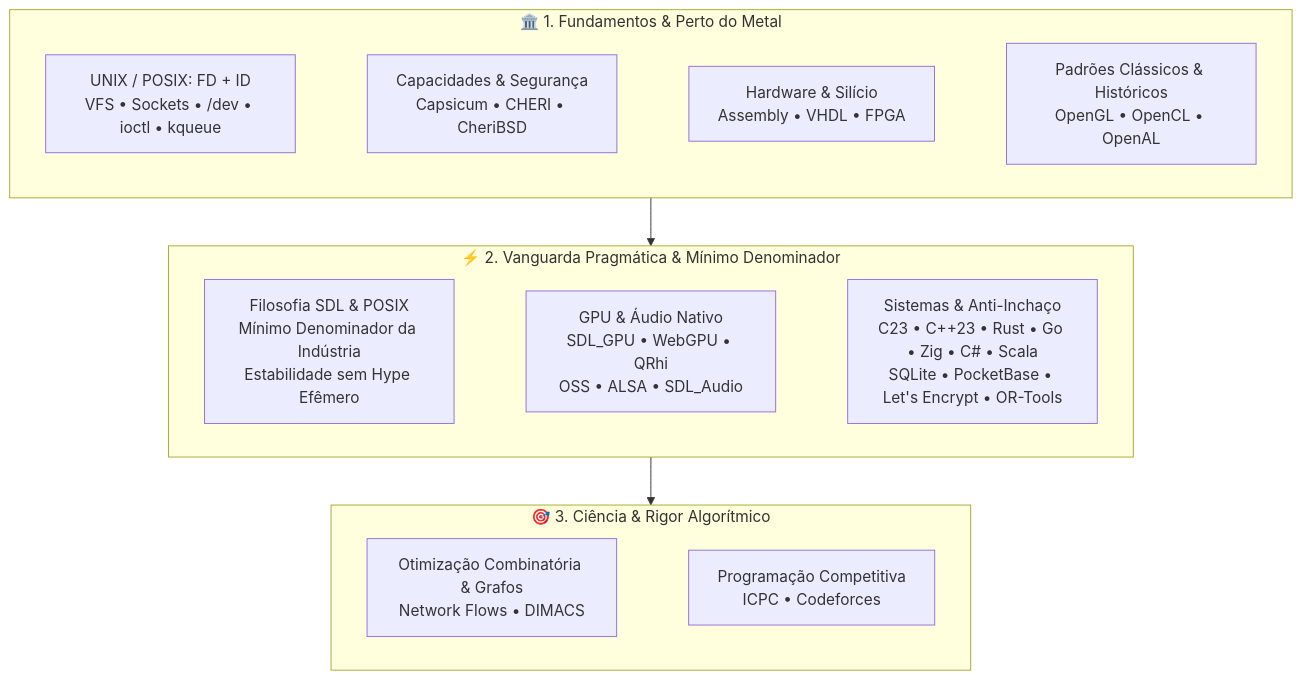
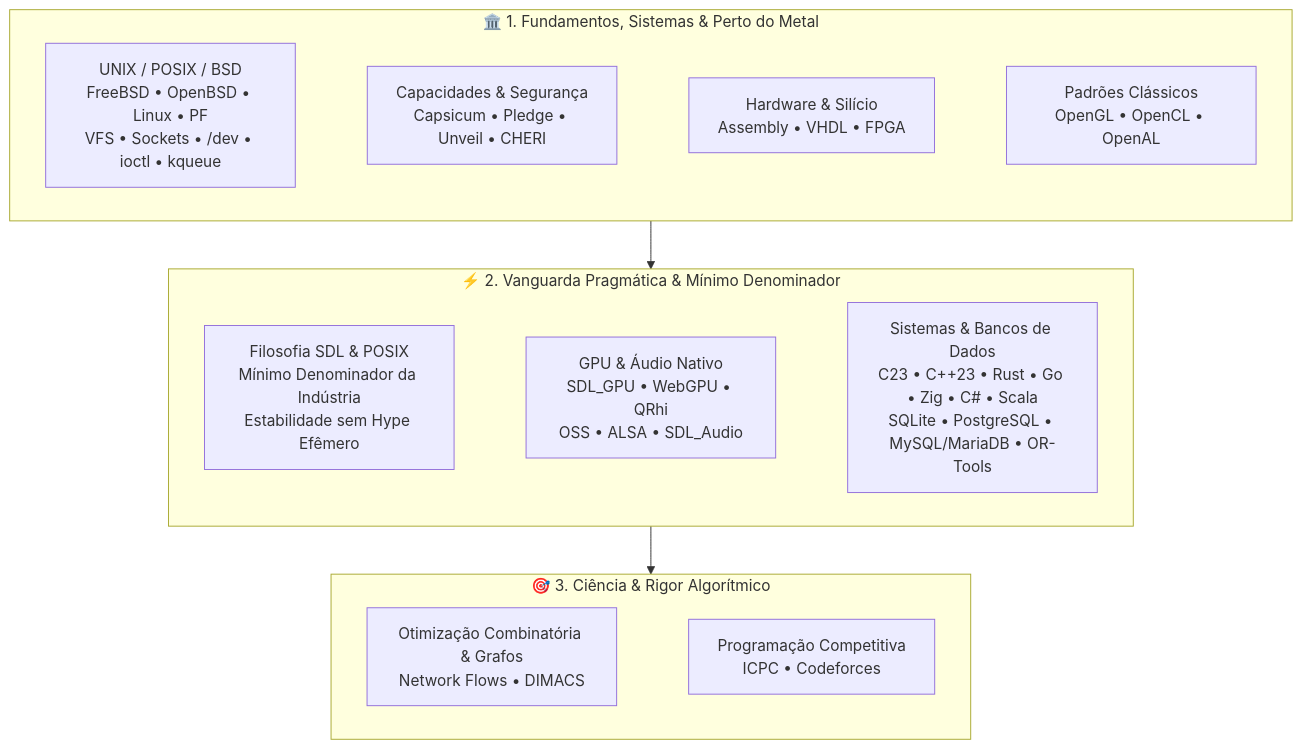
The diagram in README.md (GabrielFrigo4/GabrielFrigo4), drawn with Mermaid before and after one commit. The commit also changed other lines of this file, not shown here.

Commit message:
docs(profile): documentar triade relacional sql, ecossistema bsd e packet filter

````diff
--- a/README.md
+++ b/README.md
@@ -16,28 +16,28 @@
 ```mermaid
 flowchart TD
-    subgraph S1 ["🏛️ 1. Fundamentos & Perto do Metal"]
+    subgraph S1 ["🏛️ 1. Fundamentos, Sistemas & Perto do Metal"]
         direction LR
-        UNIX["UNIX / POSIX: FD + ID<br/>VFS • Sockets • /dev • ioctl • kqueue"]
-        SEC["Capacidades & Segurança<br/>Capsicum • CHERI • CheriBSD"]
+        UNIX["UNIX / POSIX / BSD<br/>FreeBSD • OpenBSD • Linux • PF<br/>VFS • Sockets • /dev • ioctl • kqueue"]
+        SEC["Capacidades & Segurança<br/>Capsicum • Pledge • Unveil • CHERI"]
         HW["Hardware & Silício<br/>Assembly • VHDL • FPGA"]
-        HIST["Padrões Clássicos & Históricos<br/>OpenGL • OpenCL • OpenAL"]
+        HIST["Padrões Clássicos<br/>OpenGL • OpenCL • OpenAL"]
         UNIX ~~~ SEC ~~~ HW ~~~ HIST
     end
 
     subgraph S2 ["⚡ 2. Vanguarda Pragmática & Mínimo Denominador"]
         direction LR
         SDL_PHIL["Filosofia SDL & POSIX<br/>Mínimo Denominador da Indústria<br/>Estabilidade sem Hype Efêmero"]
         MOD_GPU["GPU & Áudio Nativo<br/>SDL_GPU • WebGPU • QRhi<br/>OSS • ALSA • SDL_Audio"]
-        SYS_PRAG["Sistemas & Anti-Inchaço<br/>C23 • C++23 • Rust • Go • Zig • C# • Scala<br/>SQLite • PocketBase • Let's Encrypt • OR-Tools"]
+        SYS_PRAG["Sistemas & Bancos de Dados<br/>C23 • C++23 • Rust • Go • Zig • C# • Scala<br/>SQLite • PostgreSQL • MySQL/MariaDB • OR-Tools"]
         SDL_PHIL ~~~ MOD_GPU ~~~ SYS_PRAG
     end
 
     subgraph S3 ["🎯 3. Ciência & Rigor Algorítmico"]
         direction LR
         OPT["Otimização Combinatória & Grafos<br/>Network Flows • DIMACS"]
         CP["Programação Competitiva<br/>ICPC • Codeforces"]
         OPT ~~~ CP
     end
 
     S1 --> S2 --> S3
 ```
````
